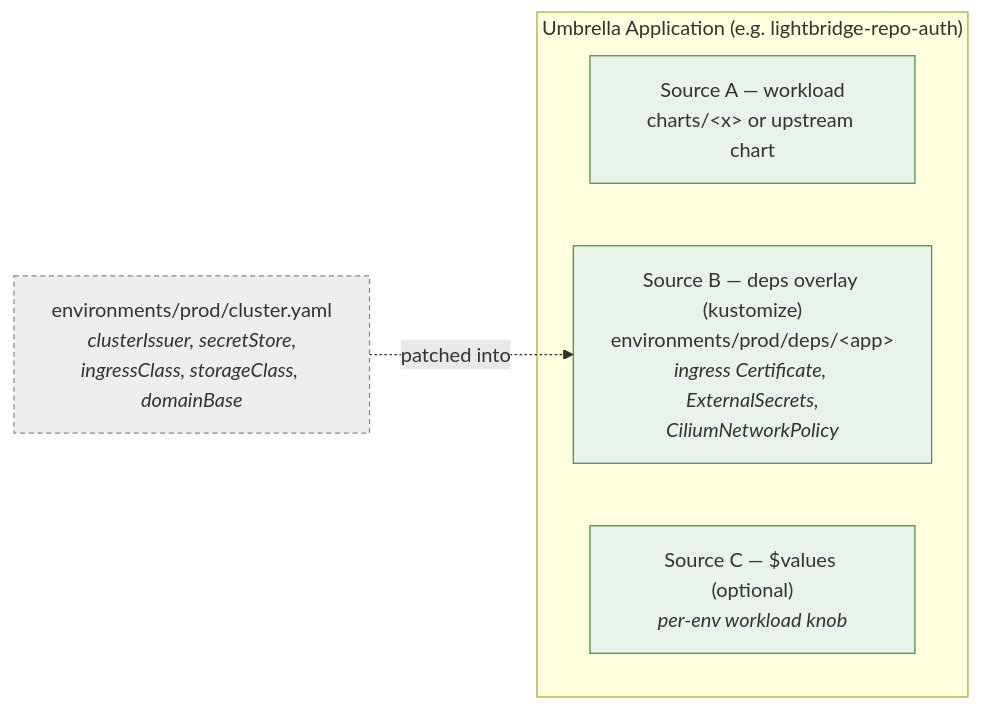
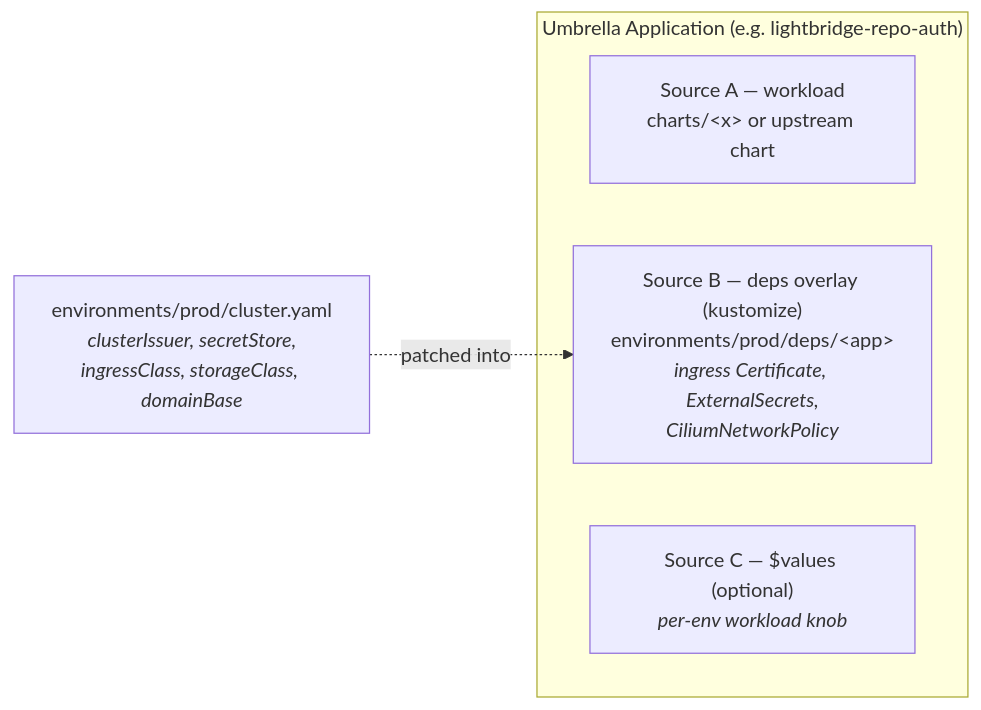
The fourth of 7 diagrams in docs/architecture/04-gitops-deployment.md (ADORSYS-GIS/ai-helm), drawn with Mermaid before and after one commit. The commit also changed other lines of this file and 13 other files, not shown here.

First line of the commit message:
docs(architecture): uncolor all mermaid; refresh CD/components; add diagrams

````diff
--- a/docs/architecture/04-gitops-deployment.md
+++ b/docs/architecture/04-gitops-deployment.md
@@ -106,13 +99,11 @@
 ```mermaid
 flowchart LR
     subgraph umbrella["Umbrella Application (e.g. lightbridge-repo-auth)"]
-        SA["Source A — workload<br/>charts/&lt;x&gt; or upstream chart"]:::own
-        SB["Source B — deps overlay (kustomize)<br/>environments/prod/deps/&lt;app&gt;<br/><i>ingress Certificate, ExternalSecrets,<br/>CiliumNetworkPolicy</i>"]:::own
-        SC["Source C — $values (optional)<br/><i>per-env workload knob</i>"]:::own
+        SA["Source A — workload<br/>charts/&lt;x&gt; or upstream chart"]
+        SB["Source B — deps overlay (kustomize)<br/>environments/prod/deps/&lt;app&gt;<br/><i>ingress Certificate, ExternalSecrets,<br/>CiliumNetworkPolicy</i>"]
+        SC["Source C — $values (optional)<br/><i>per-env workload knob</i>"]
     end
-    CLUSTER["environments/prod/cluster.yaml<br/><i>clusterIssuer, secretStore,<br/>ingressClass, storageClass, domainBase</i>"]:::ext
+    CLUSTER["environments/prod/cluster.yaml<br/><i>clusterIssuer, secretStore,<br/>ingressClass, storageClass, domainBase</i>"]
     CLUSTER -.->|patched into| SB
 
-    classDef own fill:#eaf3ea,stroke:#4a8a4a;
-    classDef ext fill:#eee,stroke:#888,stroke-dasharray:4 3;
 ```
````
